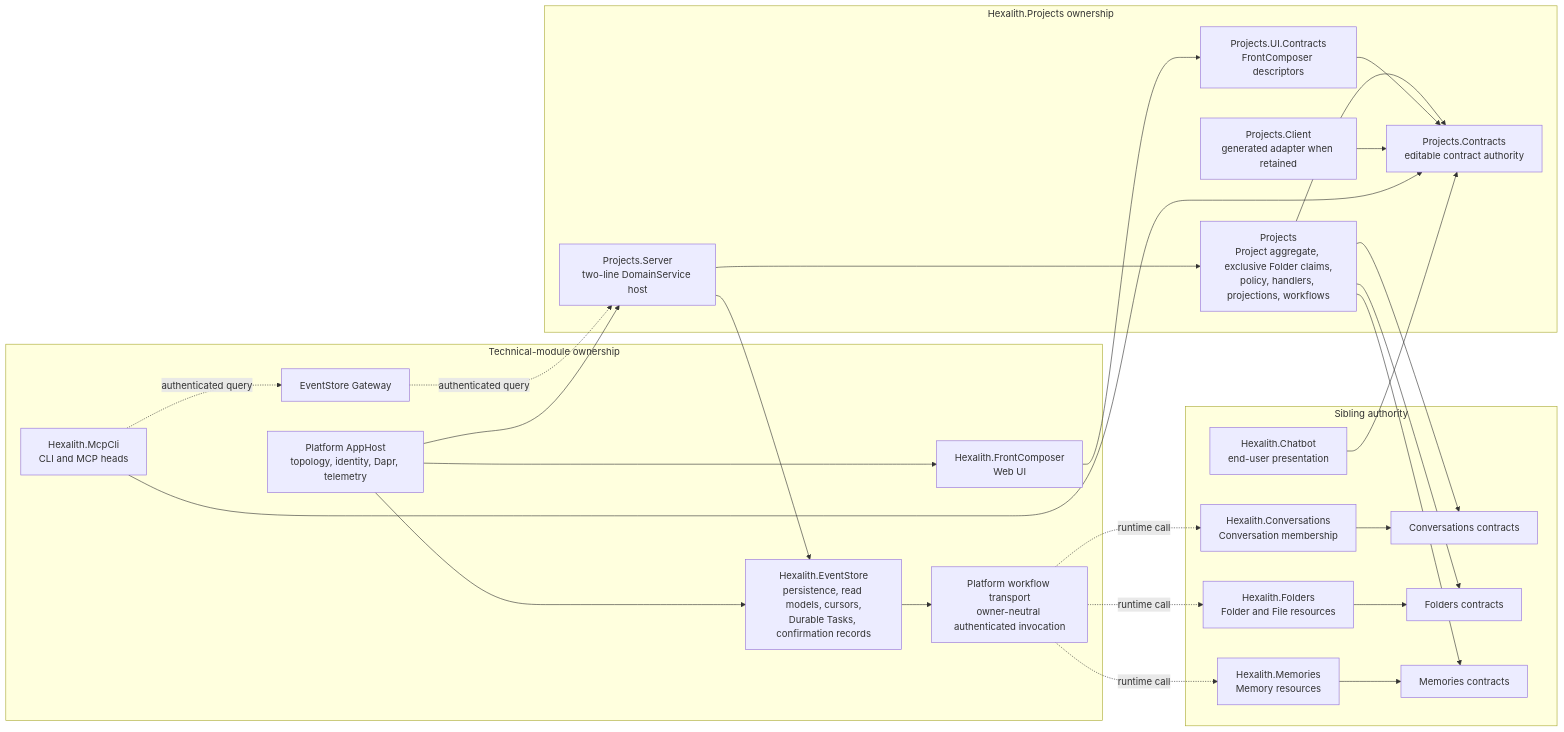
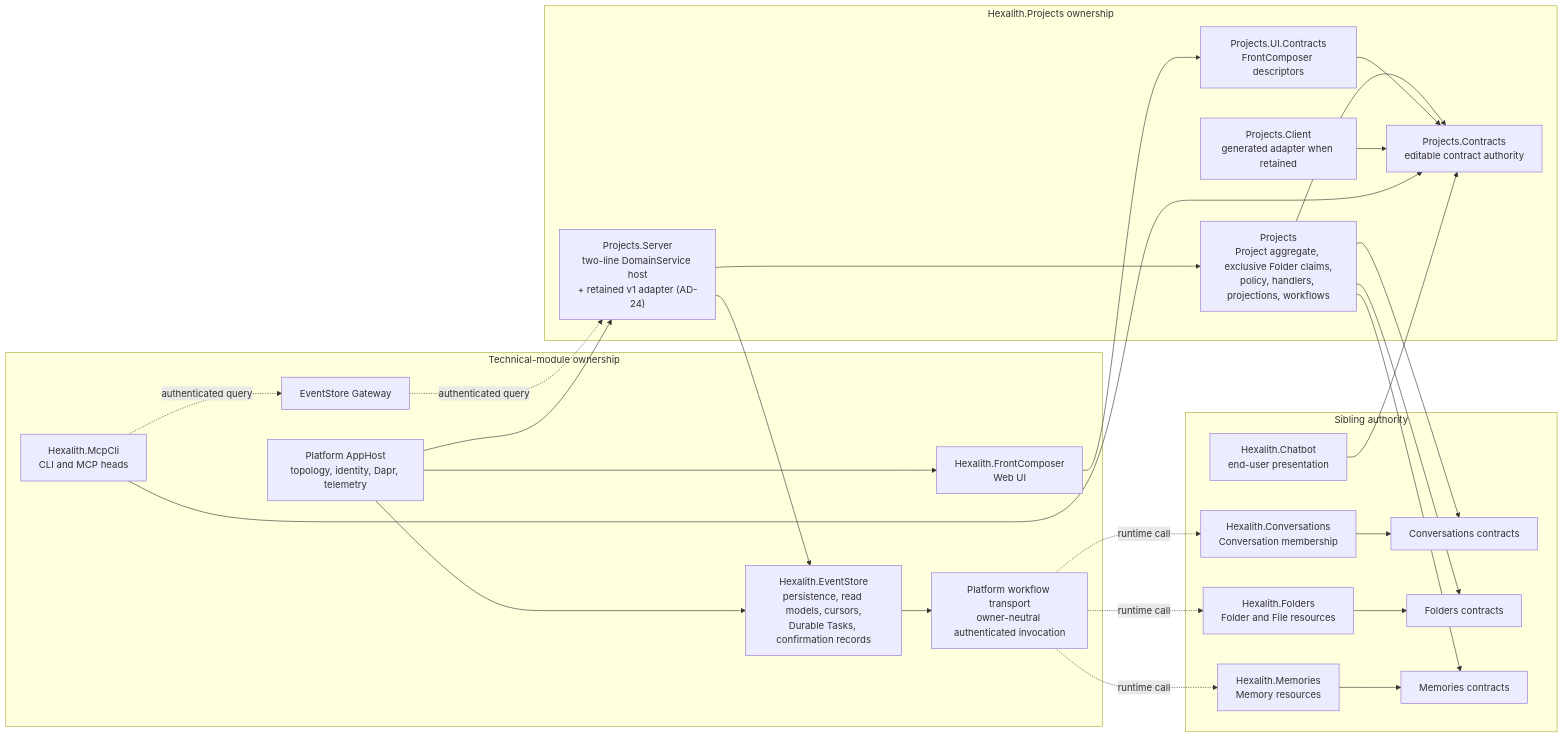
Before and after one commit to Hexalith/Hexalith.Projects: the first of 4 diagrams in _bmad-output/planning-artifacts/architecture/architecture-projects-2026-07-15/ARCHITECTURE-SPINE.md, drawn with Mermaid. The commit also changed other lines of this file and 26 other files, not shown here.

````diff
--- a/_bmad-output/planning-artifacts/architecture/architecture-projects-2026-07-15/ARCHITECTURE-SPINE.md
+++ b/_bmad-output/planning-artifacts/architecture/architecture-projects-2026-07-15/ARCHITECTURE-SPINE.md
@@ -55,53 +58,53 @@
 ```mermaid
 flowchart LR
     subgraph Projects["Hexalith.Projects ownership"]
         Contracts["Projects.Contracts<br/>editable contract authority"]
         Domain["Projects<br/>Project aggregate, exclusive Folder claims,<br/>policy, handlers, projections, workflows"]
         UIContracts["Projects.UI.Contracts<br/>FrontComposer descriptors"]
-        Host["Projects.Server<br/>two-line DomainService host"]
+        Host["Projects.Server<br/>two-line DomainService host<br/>+ retained v1 adapter (AD-24)"]
         GeneratedClient["Projects.Client<br/>generated adapter when retained"]
     end
 
     subgraph Platform["Technical-module ownership"]
         EventStore["Hexalith.EventStore<br/>persistence, read models, cursors,<br/>Durable Tasks, confirmation records"]
         WorkflowTransport["Platform workflow transport<br/>owner-neutral authenticated invocation"]
         FrontComposer["Hexalith.FrontComposer<br/>Web UI"]
         McpCli["Hexalith.McpCli<br/>CLI and MCP heads"]
         Gateway["EventStore Gateway"]
         AppHost["Platform AppHost<br/>topology, identity, Dapr, telemetry"]
     end
 
     subgraph Owners["Sibling authority"]
         ConversationContracts["Conversations contracts"]
         FolderContracts["Folders contracts"]
         MemoryContracts["Memories contracts"]
         Conversations["Hexalith.Conversations<br/>Conversation membership"]
         Folders["Hexalith.Folders<br/>Folder and File resources"]
         Memories["Hexalith.Memories<br/>Memory resources"]
         Chatbot["Hexalith.Chatbot<br/>end-user presentation"]
     end
 
     Domain --> Contracts
     UIContracts --> Contracts
     Host --> Domain
     Host --> EventStore
     GeneratedClient --> Contracts
     FrontComposer --> UIContracts
     McpCli --> Contracts
     McpCli -. authenticated query .-> Gateway
     Gateway -. authenticated query .-> Host
     AppHost --> Host
     AppHost --> EventStore
     AppHost --> FrontComposer
     EventStore --> WorkflowTransport
     Domain --> ConversationContracts
     Domain --> FolderContracts
     Domain --> MemoryContracts
     Conversations --> ConversationContracts
     Folders --> FolderContracts
     Memories --> MemoryContracts
     WorkflowTransport -. "runtime call" .-> Conversations
     WorkflowTransport -. "runtime call" .-> Folders
     WorkflowTransport -. "runtime call" .-> Memories
     Chatbot --> Contracts
 ```
````
